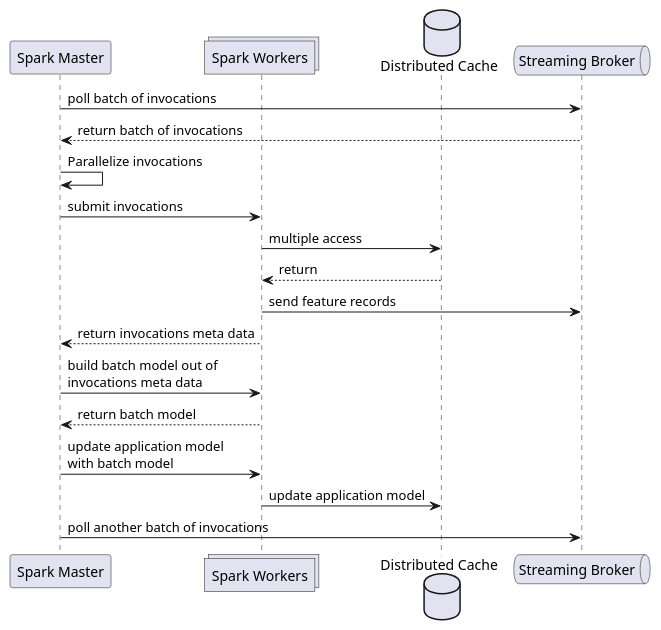
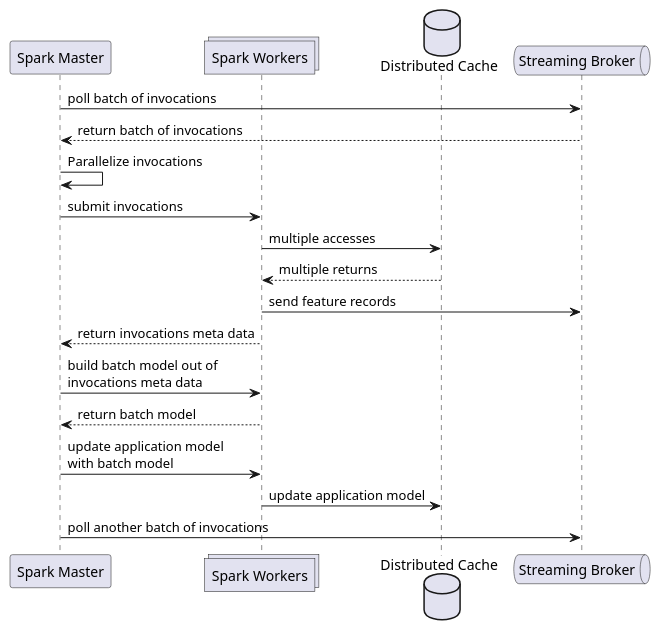
One commit to oiraqi/immunizer-acquisition changed the diagram in framework/src/main/resources/sequence-diagram.wsd. Above: the diagram before and after it, drawn with PlantUML. The commit also changed 1 other file, not shown here.

```diff
--- a/framework/src/main/resources/sequence-diagram.wsd
+++ b/framework/src/main/resources/sequence-diagram.wsd
@@ -1,19 +1,19 @@
 @startuml SequenceDiagram
 participant "Spark Master" as Master
 collections "Spark Workers" as Workers
 database "Distributed Cache" as Cache
 queue "Streaming Broker" as Broker
 Master -> Broker : poll batch of invocations
 Broker --> Master : return batch of invocations
 Master -> Master : Parallelize invocations
 Master -> Workers : submit invocations
-Workers -> Cache : multiple access
-Cache --> Workers : return
+Workers -> Cache : multiple accesses
+Cache --> Workers : multiple returns
 Workers -> Broker : send feature records
 Workers --> Master : return invocations meta data
 Master -> Workers : build batch model out of\ninvocations meta data
 Workers --> Master : return batch model
 Master -> Workers : update application model\nwith batch model
 Workers -> Cache : update application model
 Master -> Broker : poll another batch of invocations
 @enduml
```
